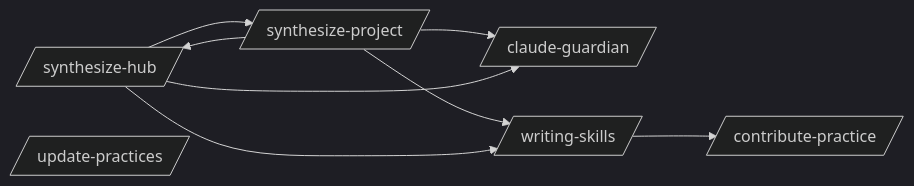
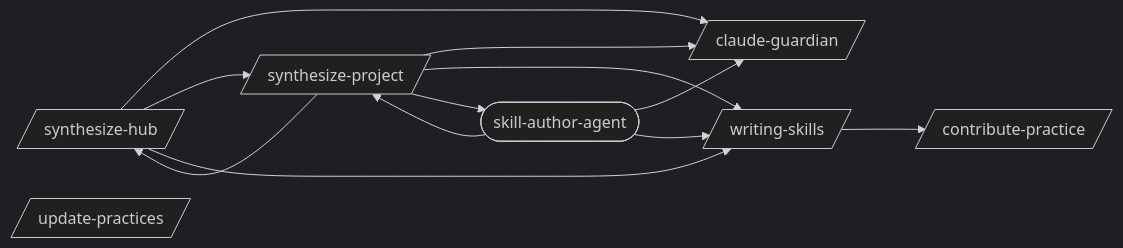
The first of 2 diagrams in docs/workflows/hub-sync.md (abhayla/claude-best-practices), drawn with Mermaid (dark theme) before and after one commit. The commit also changed other lines of this file and 10 other files, not shown here.

````diff
--- a/docs/workflows/hub-sync.md
+++ b/docs/workflows/hub-sync.md
@@ -9,16 +9,21 @@
 ```mermaid
 graph LR
     claude_guardian[/claude-guardian/]
     contribute_practice[/contribute-practice/]
     synthesize_hub[/synthesize-hub/]
     synthesize_project[/synthesize-project/]
     update_practices[/update-practices/]
     writing_skills[/writing-skills/]
+    skill_author_agent([skill-author-agent])
     synthesize_project --> claude_guardian
     synthesize_project --> synthesize_hub
     synthesize_project --> writing_skills
+    synthesize_project --> skill_author_agent
     writing_skills --> contribute_practice
     synthesize_hub --> claude_guardian
     synthesize_hub --> synthesize_project
     synthesize_hub --> writing_skills
+    skill_author_agent --> claude_guardian
+    skill_author_agent --> synthesize_project
+    skill_author_agent --> writing_skills
 ```
````
